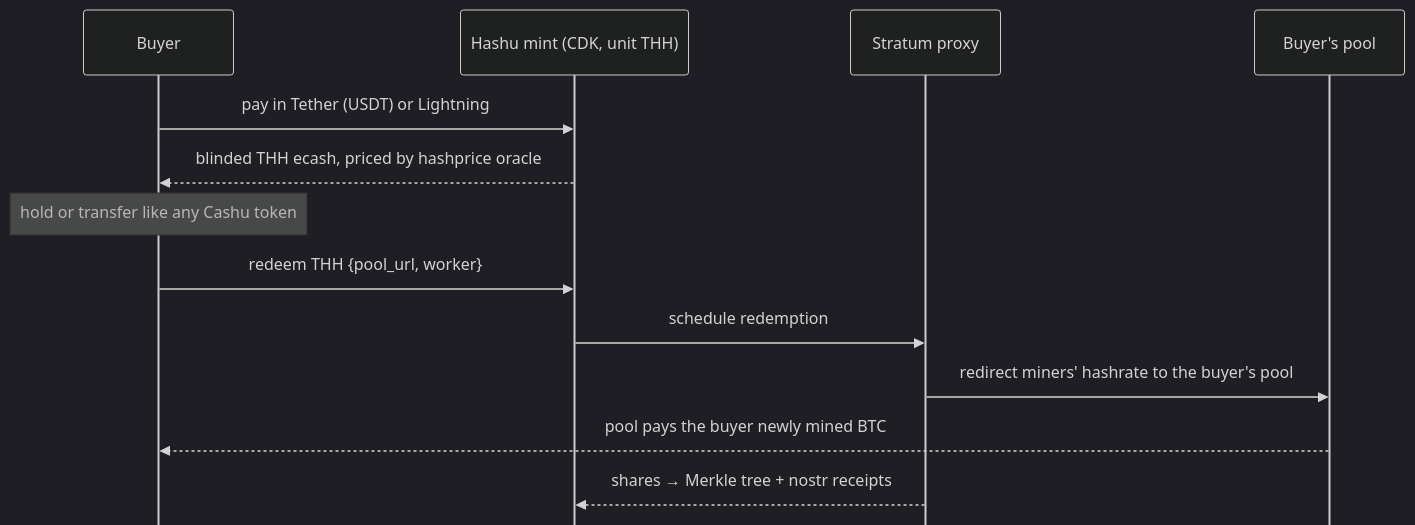
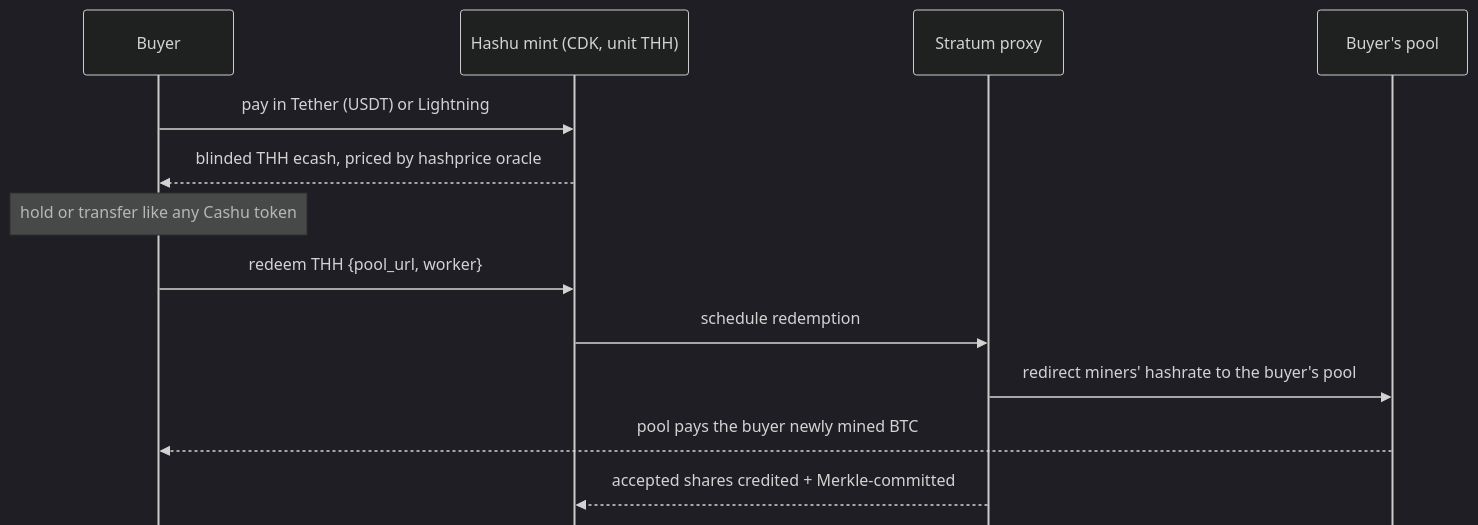
The diagram in slides/slides.md (asherp/hashu), drawn with Mermaid (dark theme) before and after one commit. The commit also changed other lines of this file and 1 other file, not shown here.

First line of the commit message:
slides: add share accounting slide; keep receipts claims accurate

````diff
--- a/slides/slides.md
+++ b/slides/slides.md
@@ -56,16 +56,16 @@
 ```mermaid {scale: 0.55}
 %%{init: {'sequence': {'mirrorActors': false, 'messageMargin': 22}}}%%
 sequenceDiagram
   participant B as Buyer
   participant M as Hashu mint (CDK, unit THH)
   participant P as Stratum proxy
   participant L as Buyer's pool
   B->>M: pay in Tether (USDT) or Lightning
   M-->>B: blinded THH ecash, priced by hashprice oracle
   Note over B: hold or transfer like any Cashu token
   B->>M: redeem THH {pool_url, worker}
   M->>P: schedule redemption
   P->>L: redirect miners' hashrate to the buyer's pool
   L-->>B: pool pays the buyer newly mined BTC
-  P-->>M: shares → Merkle tree + nostr receipts
+  P-->>M: accepted shares credited + Merkle-committed
 ```
````
